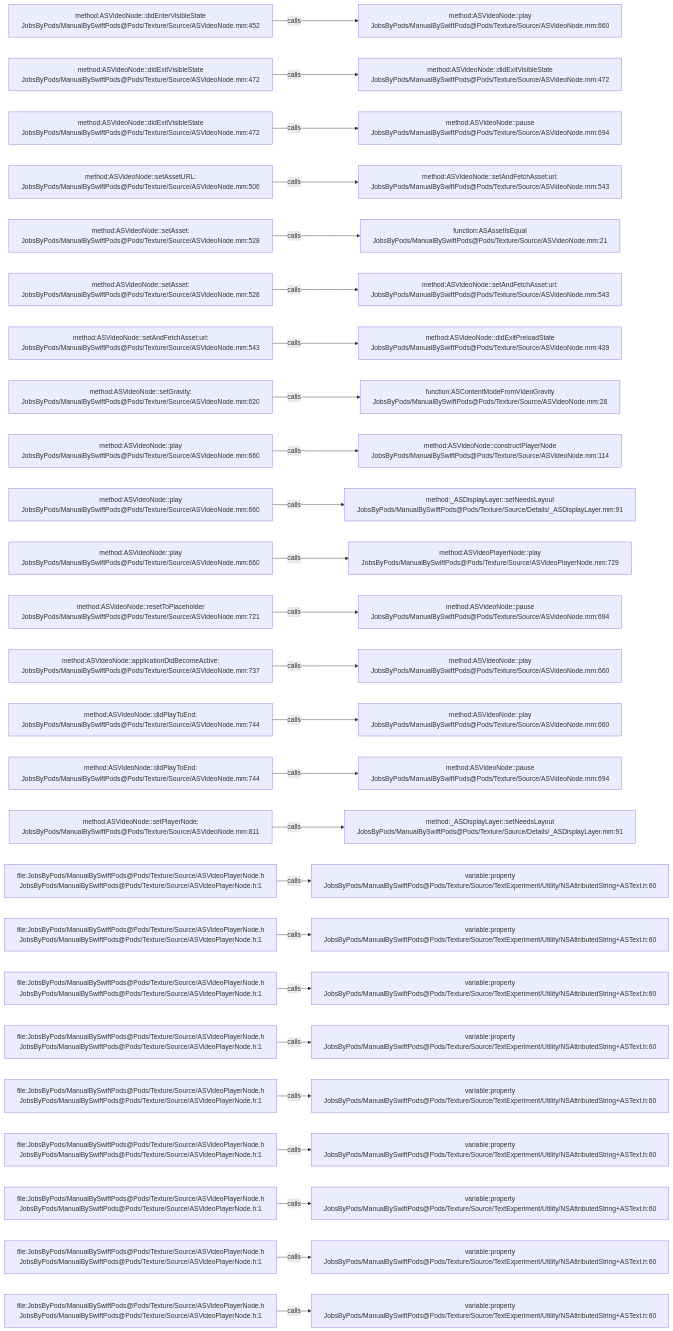
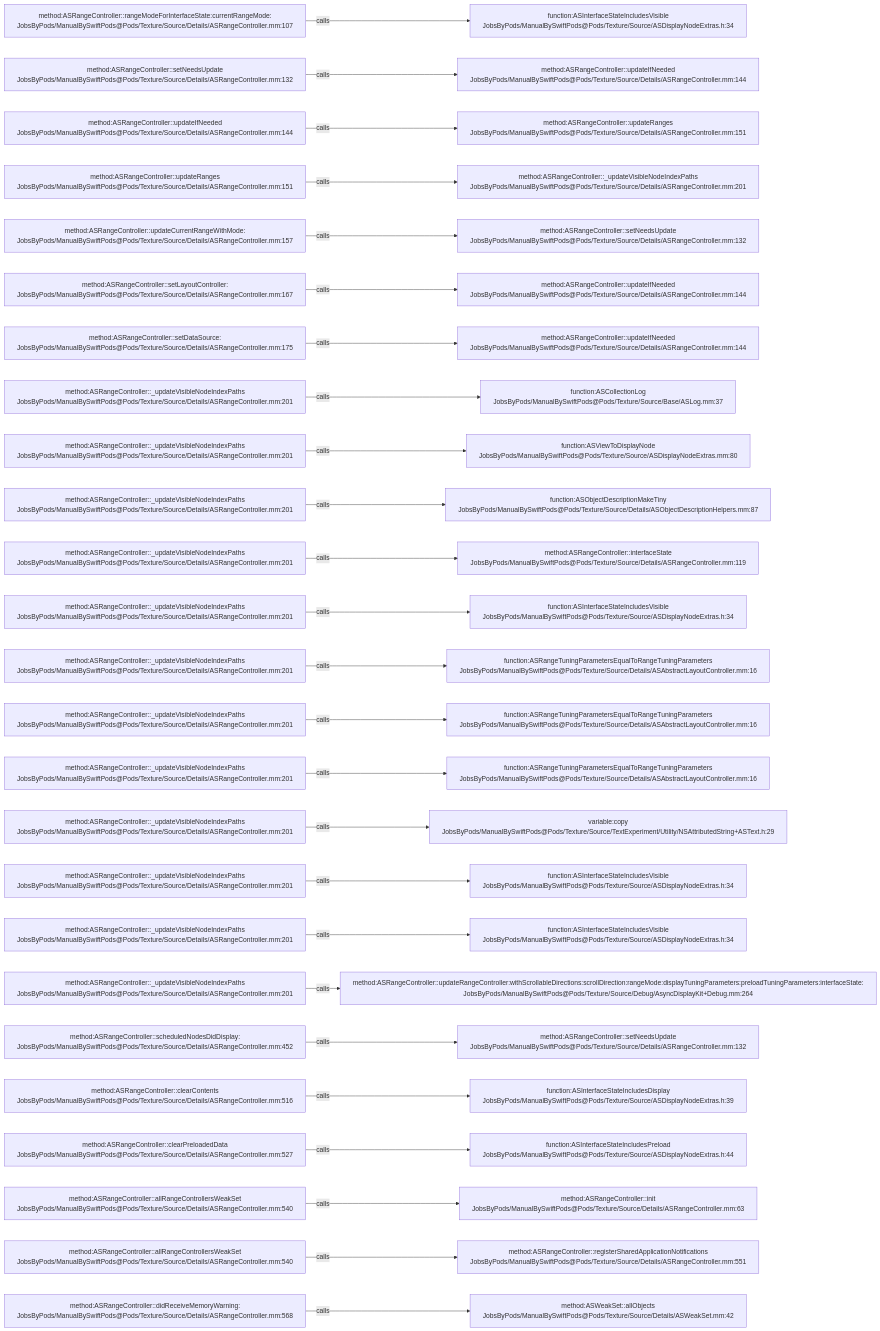
One commit to JobsKits/JobsSwiftBaseConfigDemo changed the diagram in .codegraph/codegraph.md/graphs/calls-094.md. Above: the diagram before and after it, drawn with Mermaid. The commit also changed 832 other files, not shown here.

````diff
--- a/.codegraph/codegraph.md/graphs/calls-094.md
+++ b/.codegraph/codegraph.md/graphs/calls-094.md
@@ -13,78 +13,78 @@
 ```mermaid
 flowchart LR
-  S1["method:ASVideoNode::didEnterVisibleState<br/>JobsByPods/ManualBySwiftPods@Pods/Texture/Source/ASVideoNode.mm:452"]
-  T1["method:ASVideoNode::play<br/>JobsByPods/ManualBySwiftPods@Pods/Texture/Source/ASVideoNode.mm:660"]
+  S1["method:ASRangeController::rangeModeForInterfaceState:currentRangeMode:<br/>JobsByPods/ManualBySwiftPods@Pods/Texture/Source/Details/ASRangeController.mm:107"]
+  T1["function:ASInterfaceStateIncludesVisible<br/>JobsByPods/ManualBySwiftPods@Pods/Texture/Source/ASDisplayNodeExtras.h:34"]
   S1 -->|calls| T1
-  S2["method:ASVideoNode::didExitVisibleState<br/>JobsByPods/ManualBySwiftPods@Pods/Texture/Source/ASVideoNode.mm:472"]
-  T2["method:ASVideoNode::didExitVisibleState<br/>JobsByPods/ManualBySwiftPods@Pods/Texture/Source/ASVideoNode.mm:472"]
+  S2["method:ASRangeController::setNeedsUpdate<br/>JobsByPods/ManualBySwiftPods@Pods/Texture/Source/Details/ASRangeController.mm:132"]
+  T2["method:ASRangeController::updateIfNeeded<br/>JobsByPods/ManualBySwiftPods@Pods/Texture/Source/Details/ASRangeController.mm:144"]
   S2 -->|calls| T2
-  S3["method:ASVideoNode::didExitVisibleState<br/>JobsByPods/ManualBySwiftPods@Pods/Texture/Source/ASVideoNode.mm:472"]
-  T3["method:ASVideoNode::pause<br/>JobsByPods/ManualBySwiftPods@Pods/Texture/Source/ASVideoNode.mm:694"]
+  S3["method:ASRangeController::updateIfNeeded<br/>JobsByPods/ManualBySwiftPods@Pods/Texture/Source/Details/ASRangeController.mm:144"]
+  T3["method:ASRangeController::updateRanges<br/>JobsByPods/ManualBySwiftPods@Pods/Texture/Source/Details/ASRangeController.mm:151"]
   S3 -->|calls| T3
-  S4["method:ASVideoNode::setAssetURL:<br/>JobsByPods/ManualBySwiftPods@Pods/Texture/Source/ASVideoNode.mm:506"]
-  T4["method:ASVideoNode::setAndFetchAsset:url:<br/>JobsByPods/ManualBySwiftPods@Pods/Texture/Source/ASVideoNode.mm:543"]
+  S4["method:ASRangeController::updateRanges<br/>JobsByPods/ManualBySwiftPods@Pods/Texture/Source/Details/ASRangeController.mm:151"]
+  T4["method:ASRangeController::_updateVisibleNodeIndexPaths<br/>JobsByPods/ManualBySwiftPods@Pods/Texture/Source/Details/ASRangeController.mm:201"]
   S4 -->|calls| T4
-  S5["method:ASVideoNode::setAsset:<br/>JobsByPods/ManualBySwiftPods@Pods/Texture/Source/ASVideoNode.mm:528"]
-  T5["function:ASAssetIsEqual<br/>JobsByPods/ManualBySwiftPods@Pods/Texture/Source/ASVideoNode.mm:21"]
+  S5["method:ASRangeController::updateCurrentRangeWithMode:<br/>JobsByPods/ManualBySwiftPods@Pods/Texture/Source/Details/ASRangeController.mm:157"]
+  T5["method:ASRangeController::setNeedsUpdate<br/>JobsByPods/ManualBySwiftPods@Pods/Texture/Source/Details/ASRangeController.mm:132"]
   S5 -->|calls| T5
-  S6["method:ASVideoNode::setAsset:<br/>JobsByPods/ManualBySwiftPods@Pods/Texture/Source/ASVideoNode.mm:528"]
-  T6["method:ASVideoNode::setAndFetchAsset:url:<br/>JobsByPods/ManualBySwiftPods@Pods/Texture/Source/ASVideoNode.mm:543"]
+  S6["method:ASRangeController::setLayoutController:<br/>JobsByPods/ManualBySwiftPods@Pods/Texture/Source/Details/ASRangeController.mm:167"]
+  T6["method:ASRangeController::updateIfNeeded<br/>JobsByPods/ManualBySwiftPods@Pods/Texture/Source/Details/ASRangeController.mm:144"]
   S6 -->|calls| T6
-  S7["method:ASVideoNode::setAndFetchAsset:url:<br/>JobsByPods/ManualBySwiftPods@Pods/Texture/Source/ASVideoNode.mm:543"]
-  T7["method:ASVideoNode::didExitPreloadState<br/>JobsByPods/ManualBySwiftPods@Pods/Texture/Source/ASVideoNode.mm:439"]
+  S7["method:ASRangeController::setDataSource:<br/>JobsByPods/ManualBySwiftPods@Pods/Texture/Source/Details/ASRangeController.mm:175"]
+  T7["method:ASRangeController::updateIfNeeded<br/>JobsByPods/ManualBySwiftPods@Pods/Texture/Source/Details/ASRangeController.mm:144"]
   S7 -->|calls| T7
-  S8["method:ASVideoNode::setGravity:<br/>JobsByPods/ManualBySwiftPods@Pods/Texture/Source/ASVideoNode.mm:620"]
-  T8["function:ASContentModeFromVideoGravity<br/>JobsByPods/ManualBySwiftPods@Pods/Texture/Source/ASVideoNode.mm:28"]
+  S8["method:ASRangeController::_updateVisibleNodeIndexPaths<br/>JobsByPods/ManualBySwiftPods@Pods/Texture/Source/Details/ASRangeController.mm:201"]
+  T8["function:ASCollectionLog<br/>JobsByPods/ManualBySwiftPods@Pods/Texture/Source/Base/ASLog.mm:37"]
   S8 -->|calls| T8
-  S9["method:ASVideoNode::play<br/>JobsByPods/ManualBySwiftPods@Pods/Texture/Source/ASVideoNode.mm:660"]
-  T9["method:ASVideoNode::constructPlayerNode<br/>JobsByPods/ManualBySwiftPods@Pods/Texture/Source/ASVideoNode.mm:114"]
+  S9["method:ASRangeController::_updateVisibleNodeIndexPaths<br/>JobsByPods/ManualBySwiftPods@Pods/Texture/Source/Details/ASRangeController.mm:201"]
+  T9["function:ASViewToDisplayNode<br/>JobsByPods/ManualBySwiftPods@Pods/Texture/Source/ASDisplayNodeExtras.mm:80"]
   S9 -->|calls| T9
-  S10["method:ASVideoNode::play<br/>JobsByPods/ManualBySwiftPods@Pods/Texture/Source/ASVideoNode.mm:660"]
-  T10["method:_ASDisplayLayer::setNeedsLayout<br/>JobsByPods/ManualBySwiftPods@Pods/Texture/Source/Details/_ASDisplayLayer.mm:91"]
+  S10["method:ASRangeController::_updateVisibleNodeIndexPaths<br/>JobsByPods/ManualBySwiftPods@Pods/Texture/Source/Details/ASRangeController.mm:201"]
+  T10["function:ASObjectDescriptionMakeTiny<br/>JobsByPods/ManualBySwiftPods@Pods/Texture/Source/Details/ASObjectDescriptionHelpers.mm:87"]
   S10 -->|calls| T10
-  S11["method:ASVideoNode::play<br/>JobsByPods/ManualBySwiftPods@Pods/Texture/Source/ASVideoNode.mm:660"]
-  T11["method:ASVideoPlayerNode::play<br/>JobsByPods/ManualBySwiftPods@Pods/Texture/Source/ASVideoPlayerNode.mm:729"]
+  S11["method:ASRangeController::_updateVisibleNodeIndexPaths<br/>JobsByPods/ManualBySwiftPods@Pods/Texture/Source/Details/ASRangeController.mm:201"]
+  T11["method:ASRangeController::interfaceState<br/>JobsByPods/ManualBySwiftPods@Pods/Texture/Source/Details/ASRangeController.mm:119"]
   S11 -->|calls| T11
-  S12["method:ASVideoNode::resetToPlaceholder<br/>JobsByPods/ManualBySwiftPods@Pods/Texture/Source/ASVideoNode.mm:721"]
-  T12["method:ASVideoNode::pause<br/>JobsByPods/ManualBySwiftPods@Pods/Texture/Source/ASVideoNode.mm:694"]
+  S12["method:ASRangeController::_updateVisibleNodeIndexPaths<br/>JobsByPods/ManualBySwiftPods@Pods/Texture/Source/Details/ASRangeController.mm:201"]
+  T12["function:ASInterfaceStateIncludesVisible<br/>JobsByPods/ManualBySwiftPods@Pods/Texture/Source/ASDisplayNodeExtras.h:34"]
   S12 -->|calls| T12
-  S13["method:ASVideoNode::applicationDidBecomeActive:<br/>JobsByPods/ManualBySwiftPods@Pods/Texture/Source/ASVideoNode.mm:737"]
-  T13["method:ASVideoNode::play<br/>JobsByPods/ManualBySwiftPods@Pods/Texture/Source/ASVideoNode.mm:660"]
+  S13["method:ASRangeController::_updateVisibleNodeIndexPaths<br/>JobsByPods/ManualBySwiftPods@Pods/Texture/Source/Details/ASRangeController.mm:201"]
+  T13["function:ASRangeTuningParametersEqualToRangeTuningParameters<br/>JobsByPods/ManualBySwiftPods@Pods/Texture/Source/Details/ASAbstractLayoutController.mm:16"]
   S13 -->|calls| T13
-  S14["method:ASVideoNode::didPlayToEnd:<br/>JobsByPods/ManualBySwiftPods@Pods/Texture/Source/ASVideoNode.mm:744"]
-  T14["method:ASVideoNode::play<br/>JobsByPods/ManualBySwiftPods@Pods/Texture/Source/ASVideoNode.mm:660"]
+  S14["method:ASRangeController::_updateVisibleNodeIndexPaths<br/>JobsByPods/ManualBySwiftPods@Pods/Texture/Source/Details/ASRangeController.mm:201"]
+  T14["function:ASRangeTuningParametersEqualToRangeTuningParameters<br/>JobsByPods/ManualBySwiftPods@Pods/Texture/Source/Details/ASAbstractLayoutController.mm:16"]
   S14 -->|calls| T14
-  S15["method:ASVideoNode::didPlayToEnd:<br/>JobsByPods/ManualBySwiftPods@Pods/Texture/Source/ASVideoNode.mm:744"]
-  T15["method:ASVideoNode::pause<br/>JobsByPods/ManualBySwiftPods@Pods/Texture/Source/ASVideoNode.mm:694"]
+  S15["method:ASRangeController::_updateVisibleNodeIndexPaths<br/>JobsByPods/ManualBySwiftPods@Pods/Texture/Source/Details/ASRangeController.mm:201"]
+  T15["function:ASRangeTuningParametersEqualToRangeTuningParameters<br/>JobsByPods/ManualBySwiftPods@Pods/Texture/Source/Details/ASAbstractLayoutController.mm:16"]
   S15 -->|calls| T15
-  S16["method:ASVideoNode::setPlayerNode:<br/>JobsByPods/ManualBySwiftPods@Pods/Texture/Source/ASVideoNode.mm:811"]
-  T16["method:_ASDisplayLayer::setNeedsLayout<br/>JobsByPods/ManualBySwiftPods@Pods/Texture/Source/Details/_ASDisplayLayer.mm:91"]
+  S16["method:ASRangeController::_updateVisibleNodeIndexPaths<br/>JobsByPods/ManualBySwiftPods@Pods/Texture/Source/Details/ASRangeController.mm:201"]
+  T16["variable:copy<br/>JobsByPods/ManualBySwiftPods@Pods/Texture/Source/TextExperiment/Utility/NSAttributedString+ASText.h:29"]
   S16 -->|calls| T16
-  S17["file:JobsByPods/ManualBySwiftPods@Pods/Texture/Source/ASVideoPlayerNode.h<br/>JobsByPods/ManualBySwiftPods@Pods/Texture/Source/ASVideoPlayerNode.h:1"]
-  T17["variable:property<br/>JobsByPods/ManualBySwiftPods@Pods/Texture/Source/TextExperiment/Utility/NSAttributedString+ASText.h:60"]
+  S17["method:ASRangeController::_updateVisibleNodeIndexPaths<br/>JobsByPods/ManualBySwiftPods@Pods/Texture/Source/Details/ASRangeController.mm:201"]
+  T17["function:ASInterfaceStateIncludesVisible<br/>JobsByPods/ManualBySwiftPods@Pods/Texture/Source/ASDisplayNodeExtras.h:34"]
   S17 -->|calls| T17
-  S18["file:JobsByPods/ManualBySwiftPods@Pods/Texture/Source/ASVideoPlayerNode.h<br/>JobsByPods/ManualBySwiftPods@Pods/Texture/Source/ASVideoPlayerNode.h:1"]
-  T18["variable:property<br/>JobsByPods/ManualBySwiftPods@Pods/Texture/Source/TextExperiment/Utility/NSAttributedString+ASText.h:60"]
+  S18["method:ASRangeController::_updateVisibleNodeIndexPaths<br/>JobsByPods/ManualBySwiftPods@Pods/Texture/Source/Details/ASRangeController.mm:201"]
+  T18["function:ASInterfaceStateIncludesVisible<br/>JobsByPods/ManualBySwiftPods@Pods/Texture/Source/ASDisplayNodeExtras.h:34"]
   S18 -->|calls| T18
-  S19["file:JobsByPods/ManualBySwiftPods@Pods/Texture/Source/ASVideoPlayerNode.h<br/>JobsByPods/ManualBySwiftPods@Pods/Texture/Source/ASVideoPlayerNode.h:1"]
-  T19["variable:property<br/>JobsByPods/ManualBySwiftPods@Pods/Texture/Source/TextExperiment/Utility/NSAttributedString+ASText.h:60"]
+  S19["method:ASRangeController::_updateVisibleNodeIndexPaths<br/>JobsByPods/ManualBySwiftPods@Pods/Texture/Source/Details/ASRangeController.mm:201"]
+  T19["method:ASRangeController::updateRangeController:withScrollableDirections:scrollDirection:rangeMode:displayTuningParameters:preloadTuningParameters:interfaceState:<br/>JobsByPods/ManualBySwiftPods@Pods/Texture/Source/Debug/AsyncDisplayKit+Debug.mm:264"]
   S19 -->|calls| T19
-  S20["file:JobsByPods/ManualBySwiftPods@Pods/Texture/Source/ASVideoPlayerNode.h<br/>JobsByPods/ManualBySwiftPods@Pods/Texture/Source/ASVideoPlayerNode.h:1"]
-  T20["variable:property<br/>JobsByPods/ManualBySwiftPods@Pods/Texture/Source/TextExperiment/Utility/NSAttributedString+ASText.h:60"]
+  S20["method:ASRangeController::scheduledNodesDidDisplay:<br/>JobsByPods/ManualBySwiftPods@Pods/Texture/Source/Details/ASRangeController.mm:452"]
+  T20["method:ASRangeController::setNeedsUpdate<br/>JobsByPods/ManualBySwiftPods@Pods/Texture/Source/Details/ASRangeController.mm:132"]
   S20 -->|calls| T20
-  S21["file:JobsByPods/ManualBySwiftPods@Pods/Texture/Source/ASVideoPlayerNode.h<br/>JobsByPods/ManualBySwiftPods@Pods/Texture/Source/ASVideoPlayerNode.h:1"]
-  T21["variable:property<br/>JobsByPods/ManualBySwiftPods@Pods/Texture/Source/TextExperiment/Utility/NSAttributedString+ASText.h:60"]
+  S21["method:ASRangeController::clearContents<br/>JobsByPods/ManualBySwiftPods@Pods/Texture/Source/Details/ASRangeController.mm:516"]
+  T21["function:ASInterfaceStateIncludesDisplay<br/>JobsByPods/ManualBySwiftPods@Pods/Texture/Source/ASDisplayNodeExtras.h:39"]
   S21 -->|calls| T21
-  S22["file:JobsByPods/ManualBySwiftPods@Pods/Texture/Source/ASVideoPlayerNode.h<br/>JobsByPods/ManualBySwiftPods@Pods/Texture/Source/ASVideoPlayerNode.h:1"]
-  T22["variable:property<br/>JobsByPods/ManualBySwiftPods@Pods/Texture/Source/TextExperiment/Utility/NSAttributedString+ASText.h:60"]
+  S22["method:ASRangeController::clearPreloadedData<br/>JobsByPods/ManualBySwiftPods@Pods/Texture/Source/Details/ASRangeController.mm:527"]
+  T22["function:ASInterfaceStateIncludesPreload<br/>JobsByPods/ManualBySwiftPods@Pods/Texture/Source/ASDisplayNodeExtras.h:44"]
   S22 -->|calls| T22
-  S23["file:JobsByPods/ManualBySwiftPods@Pods/Texture/Source/ASVideoPlayerNode.h<br/>JobsByPods/ManualBySwiftPods@Pods/Texture/Source/ASVideoPlayerNode.h:1"]
-  T23["variable:property<br/>JobsByPods/ManualBySwiftPods@Pods/Texture/Source/TextExperiment/Utility/NSAttributedString+ASText.h:60"]
+  S23["method:ASRangeController::allRangeControllersWeakSet<br/>JobsByPods/ManualBySwiftPods@Pods/Texture/Source/Details/ASRangeController.mm:540"]
+  T23["method:ASRangeController::init<br/>JobsByPods/ManualBySwiftPods@Pods/Texture/Source/Details/ASRangeController.mm:63"]
   S23 -->|calls| T23
-  S24["file:JobsByPods/ManualBySwiftPods@Pods/Texture/Source/ASVideoPlayerNode.h<br/>JobsByPods/ManualBySwiftPods@Pods/Texture/Source/ASVideoPlayerNode.h:1"]
-  T24["variable:property<br/>JobsByPods/ManualBySwiftPods@Pods/Texture/Source/TextExperiment/Utility/NSAttributedString+ASText.h:60"]
+  S24["method:ASRangeController::allRangeControllersWeakSet<br/>JobsByPods/ManualBySwiftPods@Pods/Texture/Source/Details/ASRangeController.mm:540"]
+  T24["method:ASRangeController::registerSharedApplicationNotifications<br/>JobsByPods/ManualBySwiftPods@Pods/Texture/Source/Details/ASRangeController.mm:551"]
   S24 -->|calls| T24
-  S25["file:JobsByPods/ManualBySwiftPods@Pods/Texture/Source/ASVideoPlayerNode.h<br/>JobsByPods/ManualBySwiftPods@Pods/Texture/Source/ASVideoPlayerNode.h:1"]
-  T25["variable:property<br/>JobsByPods/ManualBySwiftPods@Pods/Texture/Source/TextExperiment/Utility/NSAttributedString+ASText.h:60"]
+  S25["method:ASRangeController::didReceiveMemoryWarning:<br/>JobsByPods/ManualBySwiftPods@Pods/Texture/Source/Details/ASRangeController.mm:568"]
+  T25["method:ASWeakSet::allObjects<br/>JobsByPods/ManualBySwiftPods@Pods/Texture/Source/Details/ASWeakSet.mm:42"]
   S25 -->|calls| T25
 ```
````
